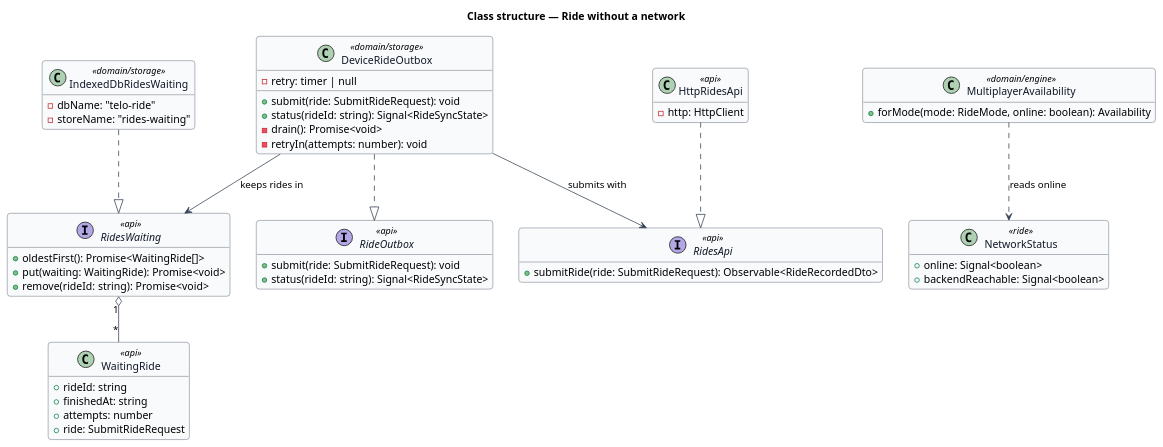
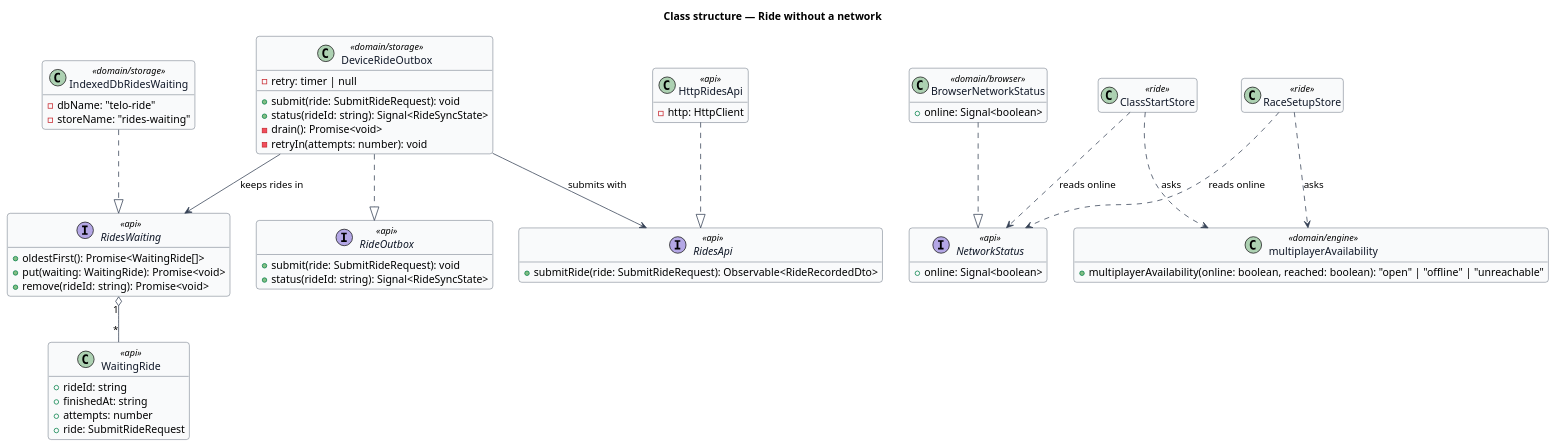
The diagram in docs/detailed-designs/performance/ride-without-a-network/diagrams/class-structure.puml (QuinntyneBrown/wattzup), drawn with PlantUML before and after one commit. The commit also changed 11 other files, not shown here.

```diff
--- a/docs/detailed-designs/performance/ride-without-a-network/diagrams/class-structure.puml
+++ b/docs/detailed-designs/performance/ride-without-a-network/diagrams/class-structure.puml
@@ -1,63 +1,71 @@
 @startuml
 ' --- shared skin header ---
 skinparam backgroundColor #FFFFFF
 skinparam shadowing false
 skinparam roundcorner 8
 skinparam defaultFontName Arial
 skinparam ArrowColor #344054
 skinparam class {
   BorderColor #344054
   FontColor #101828
   BackgroundColor #F9FAFB
 }
 ' --------------------------
 title Class structure — Ride without a network
 hide empty members
 
 class WaitingRide <<api>> {
   +rideId: string
   +finishedAt: string
   +attempts: number
   +ride: SubmitRideRequest
 }
 interface RidesWaiting <<api>> {
   +oldestFirst(): Promise<WaitingRide[]>
   +put(waiting: WaitingRide): Promise<void>
   +remove(rideId: string): Promise<void>
 }
 class IndexedDbRidesWaiting <<domain/storage>> {
   -dbName: "telo-ride"
   -storeName: "rides-waiting"
 }
 interface RidesApi <<api>> {
   +submitRide(ride: SubmitRideRequest): Observable<RideRecordedDto>
 }
 class HttpRidesApi <<api>> {
   -http: HttpClient
 }
 interface RideOutbox <<api>> {
   +submit(ride: SubmitRideRequest): void
   +status(rideId: string): Signal<RideSyncState>
 }
 class DeviceRideOutbox <<domain/storage>> {
   -retry: timer | null
   +submit(ride: SubmitRideRequest): void
   +status(rideId: string): Signal<RideSyncState>
   -drain(): Promise<void>
   -retryIn(attempts: number): void
 }
-class NetworkStatus <<ride>> {
+interface NetworkStatus <<api>> {
   +online: Signal<boolean>
-  +backendReachable: Signal<boolean>
 }
-class MultiplayerAvailability <<domain/engine>> {
-  +forMode(mode: RideMode, online: boolean): Availability
+class BrowserNetworkStatus <<domain/browser>> {
+  +online: Signal<boolean>
 }
+class multiplayerAvailability <<domain/engine>> {
+  +multiplayerAvailability(online: boolean, reached: boolean): "open" | "offline" | "unreachable"
+}
+class RaceSetupStore <<ride>>
+class ClassStartStore <<ride>>
 IndexedDbRidesWaiting ..|> RidesWaiting
 HttpRidesApi ..|> RidesApi
 DeviceRideOutbox ..|> RideOutbox
 DeviceRideOutbox --> RidesWaiting : keeps rides in
 DeviceRideOutbox --> RidesApi : submits with
 RidesWaiting "1" o-- "*" WaitingRide
-MultiplayerAvailability ..> NetworkStatus : reads online
+BrowserNetworkStatus ..|> NetworkStatus
+RaceSetupStore ..> NetworkStatus : reads online
+ClassStartStore ..> NetworkStatus : reads online
+RaceSetupStore ..> multiplayerAvailability : asks
+ClassStartStore ..> multiplayerAvailability : asks
 @enduml
```
